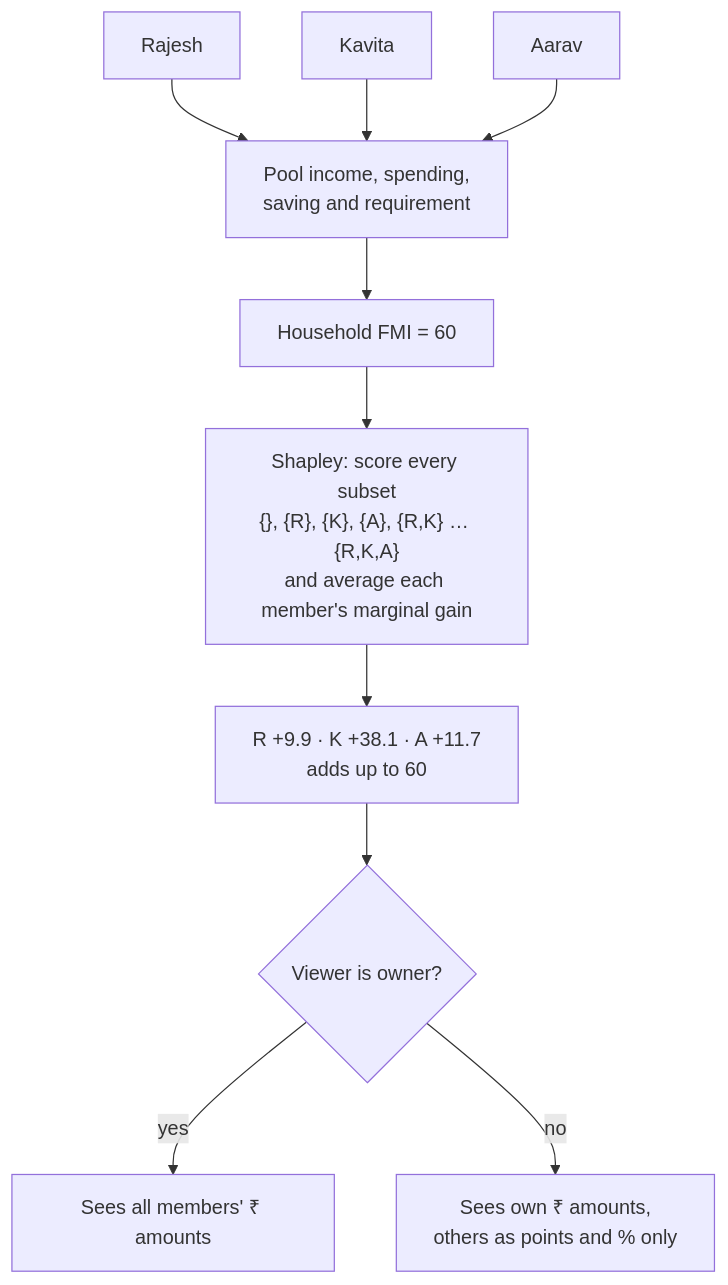
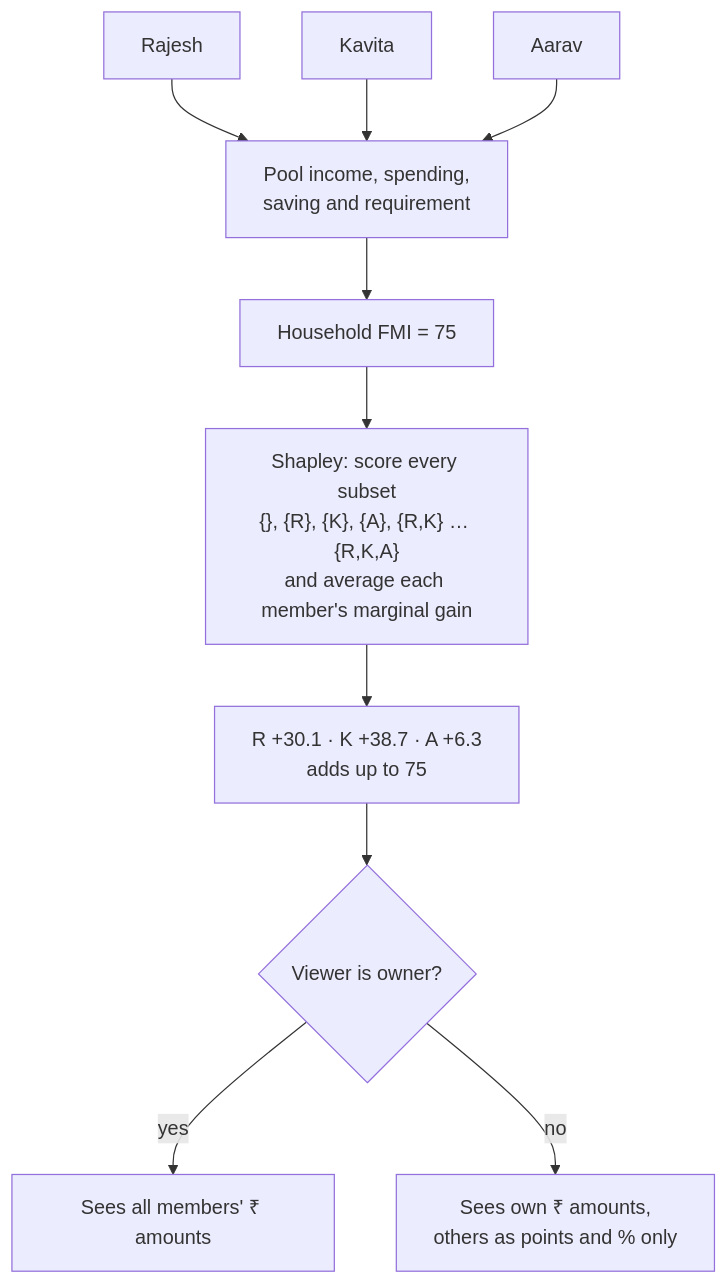
Before and after one commit to parthpalav/LYProj_C34: the fifth of 10 diagrams in README.md, drawn with Mermaid. The commit also changed other lines of this file and 41 other files, not shown here.

````diff
--- a/README.md
+++ b/README.md
@@ -403,10 +481,10 @@
 ```mermaid
 flowchart TB
     R["Rajesh"] & K["Kavita"] & A["Aarav"] --> POOL["Pool income, spending,<br/>saving and requirement"]
-    POOL --> HF["Household FMI = 60"]
+    POOL --> HF["Household FMI = 75"]
     HF --> SH["Shapley: score every subset<br/>{}, {R}, {K}, {A}, {R,K} … {R,K,A}<br/>and average each member's marginal gain"]
-    SH --> OUT["R +9.9 · K +38.1 · A +11.7<br/>adds up to 60"]
+    SH --> OUT["R +30.1 · K +38.7 · A +6.3<br/>adds up to 75"]
     OUT --> RED{"Viewer is owner?"}
     RED -->|yes| ALL["Sees all members' ₹ amounts"]
     RED -->|no| OWN["Sees own ₹ amounts,<br/>others as points and % only"]
 ```
````
